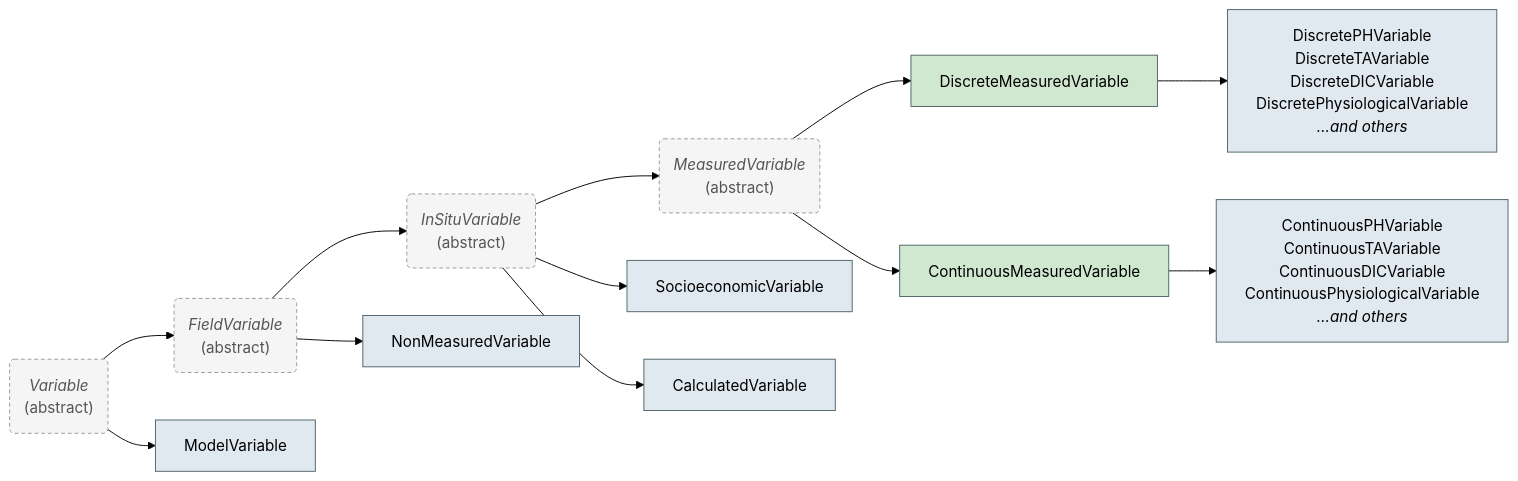
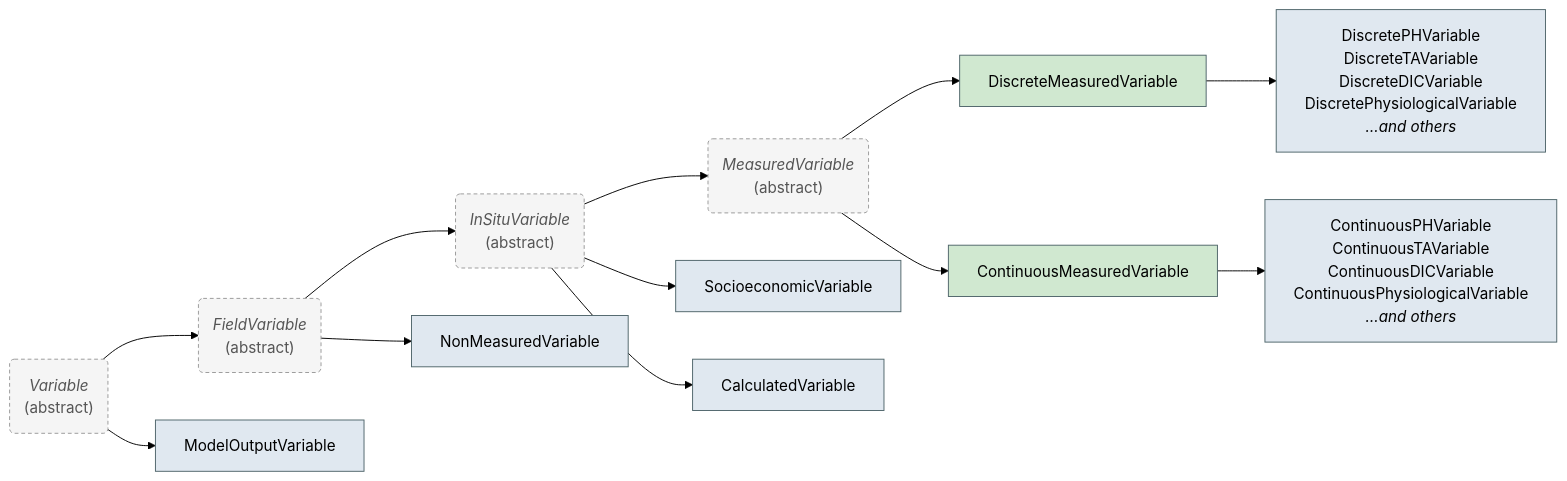
One commit to submarine-mrv/oae-data-protocol changed the diagram in src/docs/files/Variables/index.md. Above: the diagram before and after it, drawn with Mermaid (forest theme). The commit also changed other lines of this file and 7 other files, not shown here.

Commit message:
refactor(variable): rename ModelVariable to ModelOutputVariable and standardize the variables slot

````diff
--- a/src/docs/files/Variables/index.md
+++ b/src/docs/files/Variables/index.md
@@ -7,46 +7,46 @@
 ```mermaid
 graph LR
     V("`*Variable*
     (abstract)`")
     FV("`*FieldVariable*
     (abstract)`")
     ISV("`*InSituVariable*
     (abstract)`")
     MV("`*MeasuredVariable*
     (abstract)`")
     NMV["NonMeasuredVariable"]
-    MOV["ModelVariable"]
+    MOV["ModelOutputVariable"]
     SEV["SocioeconomicVariable"]
     CV["CalculatedVariable"]
     DM["DiscreteMeasuredVariable"]
     CM["ContinuousMeasuredVariable"]
     DPH["`DiscretePHVariable
     DiscreteTAVariable
     DiscreteDICVariable
     DiscretePhysiologicalVariable
     *…and others*`"]
     CPH["`ContinuousPHVariable
     ContinuousTAVariable
     ContinuousDICVariable
     ContinuousPhysiologicalVariable
     *…and others*`"]
 
     V --> FV
     V --> MOV
     FV --> NMV
     FV --> ISV
     ISV --> SEV
     ISV --> CV
     ISV --> MV
     MV --> DM
     MV --> CM
     DM --> DPH
     CM --> CPH
 
     classDef abstract fill:#f5f5f5,stroke:#999,stroke-dasharray: 4 3,color:#555
     classDef concrete fill:#e0e8f0,stroke:#4F656A
     classDef leaf fill:#d0e8d0,stroke:#4F656A
     class V,FV,ISV,MV abstract
     class NMV,MOV,SEV,CV,DPH,CPH concrete
     class DM,CM leaf
 ```
````
